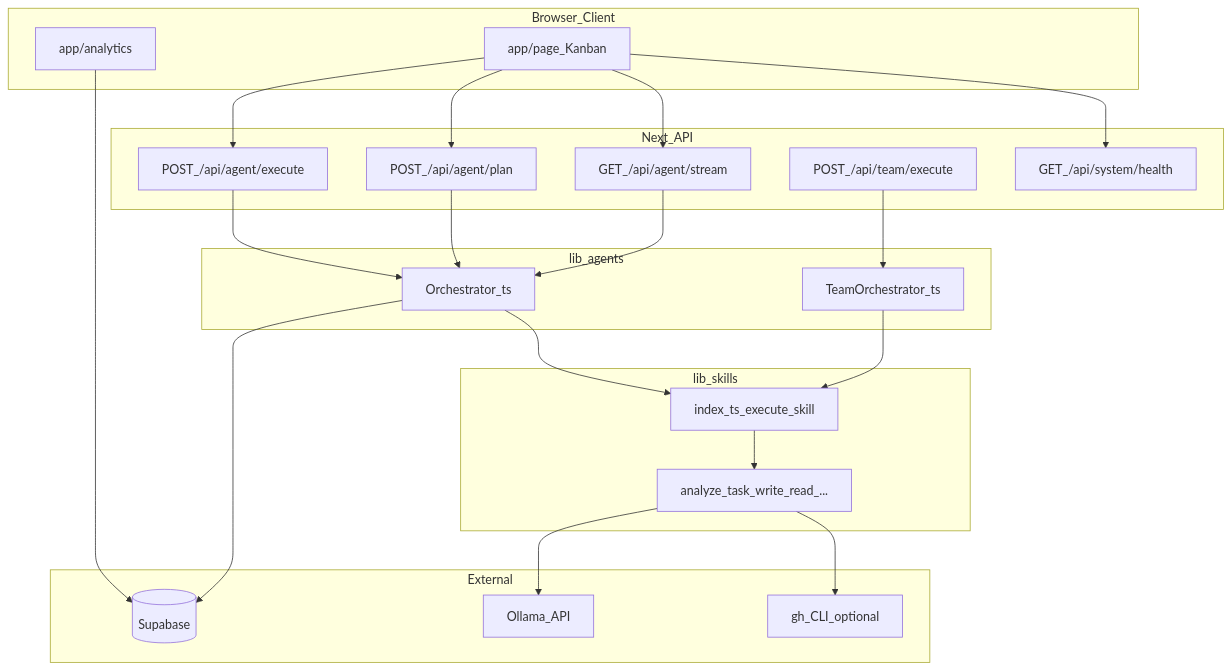
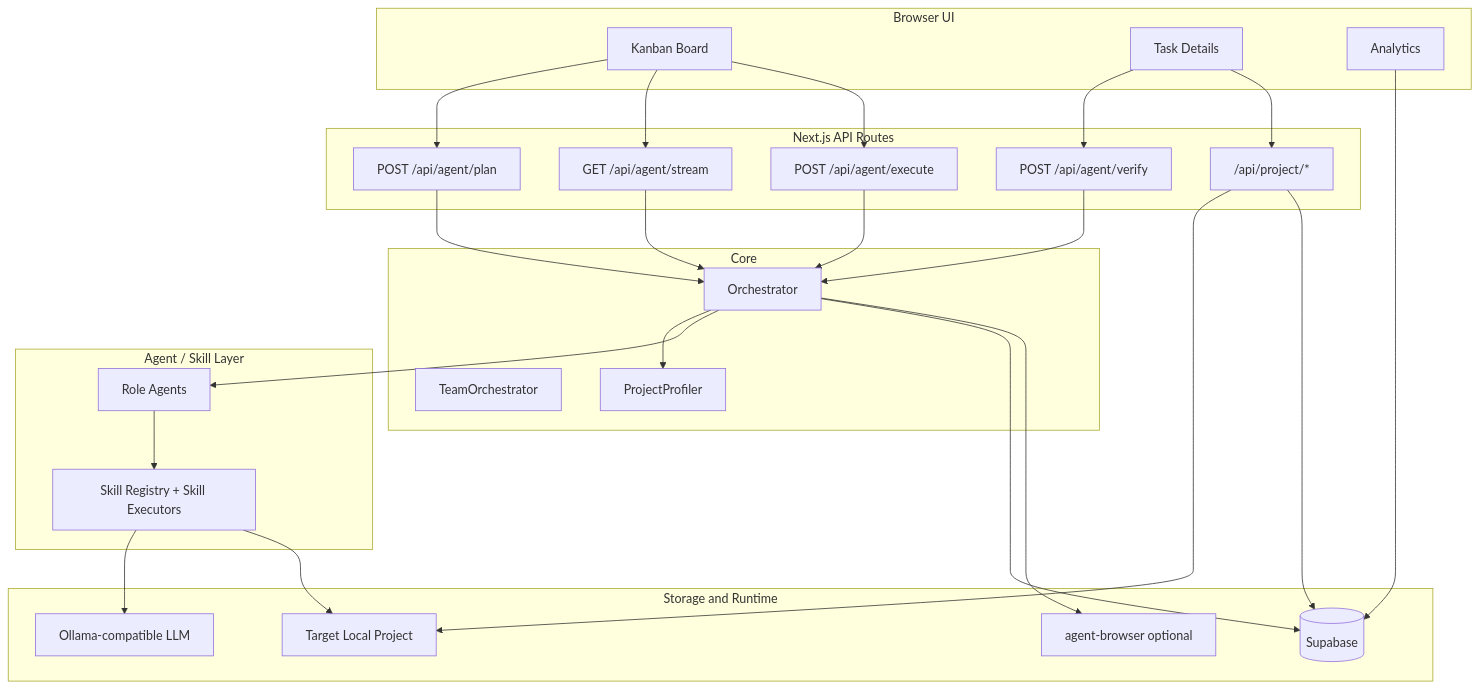
The diagram in docs/architecture/overview.md (yohan-work/basalt), drawn with Mermaid before and after one commit. The commit also changed other lines of this file and 7 other files, not shown here.

````diff
--- a/docs/architecture/overview.md
+++ b/docs/architecture/overview.md
@@ -11,42 +26,54 @@
 ```mermaid
 flowchart TB
-  subgraph client [Browser_Client]
-    Home[app/page_Kanban]
-    Analytics[app/analytics]
+  subgraph client [Browser UI]
+    Board[Kanban Board]
+    Details[Task Details]
+    Analytics[Analytics]
   end
-  subgraph routes [Next_API]
-    Exec["POST_/api/agent/execute"]
-    Stream["GET_/api/agent/stream"]
-    Plan["POST_/api/agent/plan"]
-    Team["POST_/api/team/execute"]
-    Health["GET_/api/system/health"]
+
+  subgraph routes [Next.js API Routes]
+    Plan["POST /api/agent/plan"]
+    Stream["GET /api/agent/stream"]
+    Execute["POST /api/agent/execute"]
+    Verify["POST /api/agent/verify"]
+    Project["/api/project/*"]
   end
-  subgraph core [lib_agents]
-    Orch[Orchestrator_ts]
-    TeamOrch[TeamOrchestrator_ts]
+
+  subgraph core [Core]
+    Orch[Orchestrator]
+    Team[TeamOrchestrator]
+    Profiler[ProjectProfiler]
   end
-  subgraph skills [lib_skills]
-    SkillIdx[index_ts_execute_skill]
-    SkillMods[analyze_task_write_read_...]
+
+  subgraph skills [Agent / Skill Layer]
+    Agents[Role Agents]
+    Skills[Skill Registry + Skill Executors]
   end
-  subgraph external [External]
+
+  subgraph external [Storage and Runtime]
     SB[(Supabase)]
-    Ollama[Ollama_API]
-    Gh[gh_CLI_optional]
+    LLM[Ollama-compatible LLM]
+    Target[Target Local Project]
+    Browser[agent-browser optional]
   end
-  Home --> Exec
-  Home --> Stream
-  Home --> Plan
-  Home --> Health
+
+  Board --> Plan
+  Board --> Stream
+  Board --> Execute
+  Details --> Verify
+  Details --> Project
   Analytics --> SB
-  Exec --> Orch
   Plan --> Orch
   Stream --> Orch
-  Team --> TeamOrch
-  Orch --> SkillIdx
-  TeamOrch --> SkillIdx
-  SkillIdx --> SkillMods
+  Execute --> Orch
+  Verify --> Orch
+  Orch --> Profiler
+  Orch --> Agents
+  Agents --> Skills
+  Skills --> LLM
+  Skills --> Target
   Orch --> SB
-  SkillMods --> Ollama
-  SkillMods --> Gh
+  Orch --> Browser
+  Project --> Target
+  Project --> SB
 ```
````
